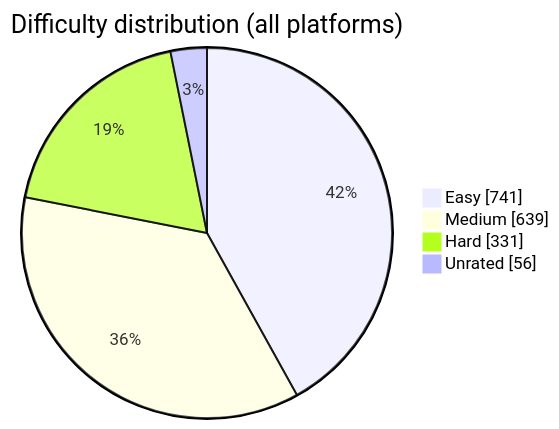
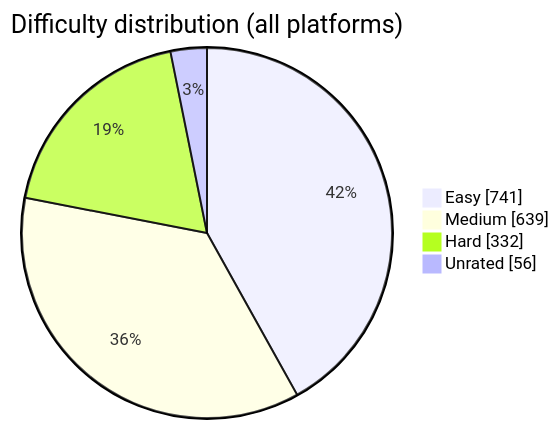
One commit to BuildbyArindam/Daily-Coding-Log changed the diagram in README.md. Above: the diagram before and after it, drawn with Mermaid. The commit also changed other lines of this file, not shown here.

````diff
--- a/README.md
+++ b/README.md
@@ -108,7 +108,7 @@
 ```mermaid
 pie showData title Difficulty distribution (all platforms)
     "Easy" : 741
     "Medium" : 639
-    "Hard" : 331
+    "Hard" : 332
     "Unrated" : 56
 ```
````
